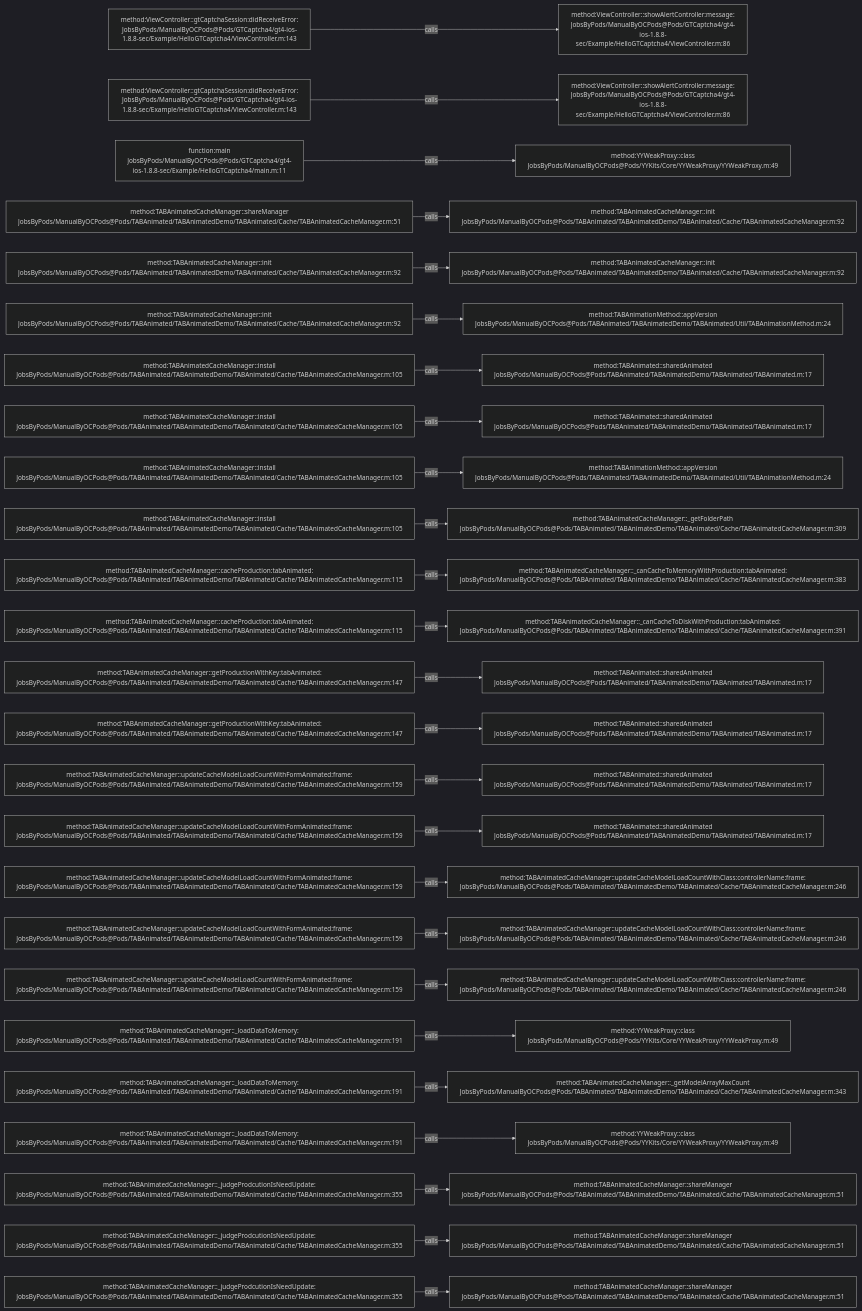
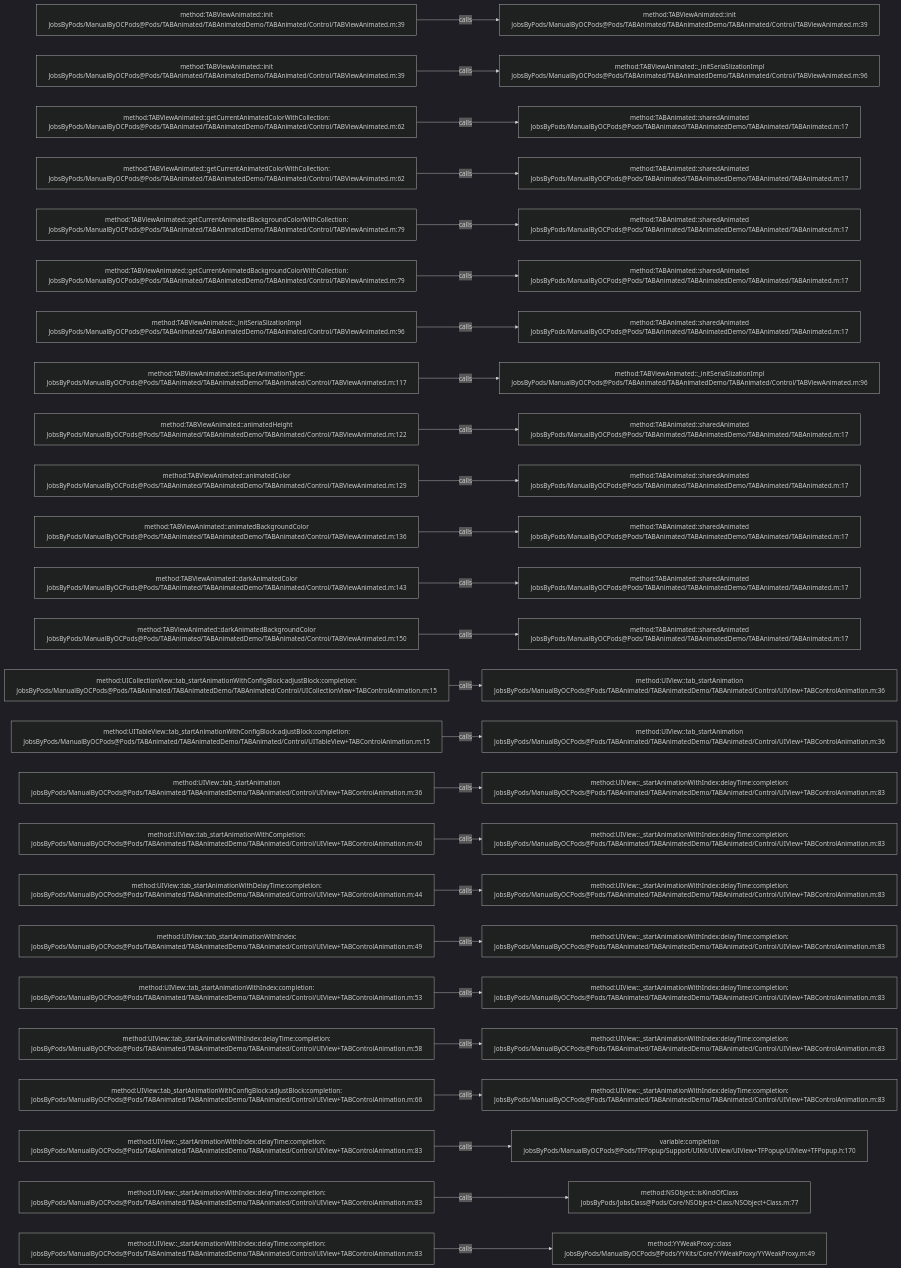
The diagram in .codegraph/codegraph.md/graphs/calls-018.md (JobsKits/JobsOCBaseConfigDemo), drawn with Mermaid (dark theme) before and after one commit. The commit also changed 1448 other files, not shown here.

````diff
--- a/.codegraph/codegraph.md/graphs/calls-018.md
+++ b/.codegraph/codegraph.md/graphs/calls-018.md
@@ -13,78 +13,78 @@
 ```mermaid
 flowchart LR
-  S1["method:ViewController::gtCaptchaSession:didReceiveError:<br/>JobsByPods/ManualByOCPods@Pods/GTCaptcha4/gt4-ios-1.8.8-sec/Example/HelloGTCaptcha4/ViewController.m:143"]
-  T1["method:ViewController::showAlertController:message:<br/>JobsByPods/ManualByOCPods@Pods/GTCaptcha4/gt4-ios-1.8.8-sec/Example/HelloGTCaptcha4/ViewController.m:86"]
+  S1["method:TABViewAnimated::init<br/>JobsByPods/ManualByOCPods@Pods/TABAnimated/TABAnimatedDemo/TABAnimated/Control/TABViewAnimated.m:39"]
+  T1["method:TABViewAnimated::init<br/>JobsByPods/ManualByOCPods@Pods/TABAnimated/TABAnimatedDemo/TABAnimated/Control/TABViewAnimated.m:39"]
   S1 -->|calls| T1
-  S2["method:ViewController::gtCaptchaSession:didReceiveError:<br/>JobsByPods/ManualByOCPods@Pods/GTCaptcha4/gt4-ios-1.8.8-sec/Example/HelloGTCaptcha4/ViewController.m:143"]
-  T2["method:ViewController::showAlertController:message:<br/>JobsByPods/ManualByOCPods@Pods/GTCaptcha4/gt4-ios-1.8.8-sec/Example/HelloGTCaptcha4/ViewController.m:86"]
+  S2["method:TABViewAnimated::init<br/>JobsByPods/ManualByOCPods@Pods/TABAnimated/TABAnimatedDemo/TABAnimated/Control/TABViewAnimated.m:39"]
+  T2["method:TABViewAnimated::_initSeriaSlizationImpl<br/>JobsByPods/ManualByOCPods@Pods/TABAnimated/TABAnimatedDemo/TABAnimated/Control/TABViewAnimated.m:96"]
   S2 -->|calls| T2
-  S3["function:main<br/>JobsByPods/ManualByOCPods@Pods/GTCaptcha4/gt4-ios-1.8.8-sec/Example/HelloGTCaptcha4/main.m:11"]
-  T3["method:YYWeakProxy::class<br/>JobsByPods/ManualByOCPods@Pods/YYKits/Core/YYWeakProxy/YYWeakProxy.m:49"]
+  S3["method:TABViewAnimated::getCurrentAnimatedColorWithCollection:<br/>JobsByPods/ManualByOCPods@Pods/TABAnimated/TABAnimatedDemo/TABAnimated/Control/TABViewAnimated.m:62"]
+  T3["method:TABAnimated::sharedAnimated<br/>JobsByPods/ManualByOCPods@Pods/TABAnimated/TABAnimatedDemo/TABAnimated/TABAnimated.m:17"]
   S3 -->|calls| T3
-  S4["method:TABAnimatedCacheManager::shareManager<br/>JobsByPods/ManualByOCPods@Pods/TABAnimated/TABAnimatedDemo/TABAnimated/Cache/TABAnimatedCacheManager.m:51"]
-  T4["method:TABAnimatedCacheManager::init<br/>JobsByPods/ManualByOCPods@Pods/TABAnimated/TABAnimatedDemo/TABAnimated/Cache/TABAnimatedCacheManager.m:92"]
+  S4["method:TABViewAnimated::getCurrentAnimatedColorWithCollection:<br/>JobsByPods/ManualByOCPods@Pods/TABAnimated/TABAnimatedDemo/TABAnimated/Control/TABViewAnimated.m:62"]
+  T4["method:TABAnimated::sharedAnimated<br/>JobsByPods/ManualByOCPods@Pods/TABAnimated/TABAnimatedDemo/TABAnimated/TABAnimated.m:17"]
   S4 -->|calls| T4
-  S5["method:TABAnimatedCacheManager::init<br/>JobsByPods/ManualByOCPods@Pods/TABAnimated/TABAnimatedDemo/TABAnimated/Cache/TABAnimatedCacheManager.m:92"]
-  T5["method:TABAnimatedCacheManager::init<br/>JobsByPods/ManualByOCPods@Pods/TABAnimated/TABAnimatedDemo/TABAnimated/Cache/TABAnimatedCacheManager.m:92"]
+  S5["method:TABViewAnimated::getCurrentAnimatedBackgroundColorWithCollection:<br/>JobsByPods/ManualByOCPods@Pods/TABAnimated/TABAnimatedDemo/TABAnimated/Control/TABViewAnimated.m:79"]
+  T5["method:TABAnimated::sharedAnimated<br/>JobsByPods/ManualByOCPods@Pods/TABAnimated/TABAnimatedDemo/TABAnimated/TABAnimated.m:17"]
   S5 -->|calls| T5
-  S6["method:TABAnimatedCacheManager::init<br/>JobsByPods/ManualByOCPods@Pods/TABAnimated/TABAnimatedDemo/TABAnimated/Cache/TABAnimatedCacheManager.m:92"]
-  T6["method:TABAnimationMethod::appVersion<br/>JobsByPods/ManualByOCPods@Pods/TABAnimated/TABAnimatedDemo/TABAnimated/Util/TABAnimationMethod.m:24"]
+  S6["method:TABViewAnimated::getCurrentAnimatedBackgroundColorWithCollection:<br/>JobsByPods/ManualByOCPods@Pods/TABAnimated/TABAnimatedDemo/TABAnimated/Control/TABViewAnimated.m:79"]
+  T6["method:TABAnimated::sharedAnimated<br/>JobsByPods/ManualByOCPods@Pods/TABAnimated/TABAnimatedDemo/TABAnimated/TABAnimated.m:17"]
   S6 -->|calls| T6
-  S7["method:TABAnimatedCacheManager::install<br/>JobsByPods/ManualByOCPods@Pods/TABAnimated/TABAnimatedDemo/TABAnimated/Cache/TABAnimatedCacheManager.m:105"]
+  S7["method:TABViewAnimated::_initSeriaSlizationImpl<br/>JobsByPods/ManualByOCPods@Pods/TABAnimated/TABAnimatedDemo/TABAnimated/Control/TABViewAnimated.m:96"]
   T7["method:TABAnimated::sharedAnimated<br/>JobsByPods/ManualByOCPods@Pods/TABAnimated/TABAnimatedDemo/TABAnimated/TABAnimated.m:17"]
   S7 -->|calls| T7
-  S8["method:TABAnimatedCacheManager::install<br/>JobsByPods/ManualByOCPods@Pods/TABAnimated/TABAnimatedDemo/TABAnimated/Cache/TABAnimatedCacheManager.m:105"]
-  T8["method:TABAnimated::sharedAnimated<br/>JobsByPods/ManualByOCPods@Pods/TABAnimated/TABAnimatedDemo/TABAnimated/TABAnimated.m:17"]
+  S8["method:TABViewAnimated::setSuperAnimationType:<br/>JobsByPods/ManualByOCPods@Pods/TABAnimated/TABAnimatedDemo/TABAnimated/Control/TABViewAnimated.m:117"]
+  T8["method:TABViewAnimated::_initSeriaSlizationImpl<br/>JobsByPods/ManualByOCPods@Pods/TABAnimated/TABAnimatedDemo/TABAnimated/Control/TABViewAnimated.m:96"]
   S8 -->|calls| T8
-  S9["method:TABAnimatedCacheManager::install<br/>JobsByPods/ManualByOCPods@Pods/TABAnimated/TABAnimatedDemo/TABAnimated/Cache/TABAnimatedCacheManager.m:105"]
-  T9["method:TABAnimationMethod::appVersion<br/>JobsByPods/ManualByOCPods@Pods/TABAnimated/TABAnimatedDemo/TABAnimated/Util/TABAnimationMethod.m:24"]
+  S9["method:TABViewAnimated::animatedHeight<br/>JobsByPods/ManualByOCPods@Pods/TABAnimated/TABAnimatedDemo/TABAnimated/Control/TABViewAnimated.m:122"]
+  T9["method:TABAnimated::sharedAnimated<br/>JobsByPods/ManualByOCPods@Pods/TABAnimated/TABAnimatedDemo/TABAnimated/TABAnimated.m:17"]
   S9 -->|calls| T9
-  S10["method:TABAnimatedCacheManager::install<br/>JobsByPods/ManualByOCPods@Pods/TABAnimated/TABAnimatedDemo/TABAnimated/Cache/TABAnimatedCacheManager.m:105"]
-  T10["method:TABAnimatedCacheManager::_getFolderPath<br/>JobsByPods/ManualByOCPods@Pods/TABAnimated/TABAnimatedDemo/TABAnimated/Cache/TABAnimatedCacheManager.m:309"]
+  S10["method:TABViewAnimated::animatedColor<br/>JobsByPods/ManualByOCPods@Pods/TABAnimated/TABAnimatedDemo/TABAnimated/Control/TABViewAnimated.m:129"]
+  T10["method:TABAnimated::sharedAnimated<br/>JobsByPods/ManualByOCPods@Pods/TABAnimated/TABAnimatedDemo/TABAnimated/TABAnimated.m:17"]
   S10 -->|calls| T10
-  S11["method:TABAnimatedCacheManager::cacheProduction:tabAnimated:<br/>JobsByPods/ManualByOCPods@Pods/TABAnimated/TABAnimatedDemo/TABAnimated/Cache/TABAnimatedCacheManager.m:115"]
-  T11["method:TABAnimatedCacheManager::_canCacheToMemoryWithProduction:tabAnimated:<br/>JobsByPods/ManualByOCPods@Pods/TABAnimated/TABAnimatedDemo/TABAnimated/Cache/TABAnimatedCacheManager.m:383"]
+  S11["method:TABViewAnimated::animatedBackgroundColor<br/>JobsByPods/ManualByOCPods@Pods/TABAnimated/TABAnimatedDemo/TABAnimated/Control/TABViewAnimated.m:136"]
+  T11["method:TABAnimated::sharedAnimated<br/>JobsByPods/ManualByOCPods@Pods/TABAnimated/TABAnimatedDemo/TABAnimated/TABAnimated.m:17"]
   S11 -->|calls| T11
-  S12["method:TABAnimatedCacheManager::cacheProduction:tabAnimated:<br/>JobsByPods/ManualByOCPods@Pods/TABAnimated/TABAnimatedDemo/TABAnimated/Cache/TABAnimatedCacheManager.m:115"]
-  T12["method:TABAnimatedCacheManager::_canCacheToDiskWithProduction:tabAnimated:<br/>JobsByPods/ManualByOCPods@Pods/TABAnimated/TABAnimatedDemo/TABAnimated/Cache/TABAnimatedCacheManager.m:391"]
+  S12["method:TABViewAnimated::darkAnimatedColor<br/>JobsByPods/ManualByOCPods@Pods/TABAnimated/TABAnimatedDemo/TABAnimated/Control/TABViewAnimated.m:143"]
+  T12["method:TABAnimated::sharedAnimated<br/>JobsByPods/ManualByOCPods@Pods/TABAnimated/TABAnimatedDemo/TABAnimated/TABAnimated.m:17"]
   S12 -->|calls| T12
-  S13["method:TABAnimatedCacheManager::getProductionWithKey:tabAnimated:<br/>JobsByPods/ManualByOCPods@Pods/TABAnimated/TABAnimatedDemo/TABAnimated/Cache/TABAnimatedCacheManager.m:147"]
+  S13["method:TABViewAnimated::darkAnimatedBackgroundColor<br/>JobsByPods/ManualByOCPods@Pods/TABAnimated/TABAnimatedDemo/TABAnimated/Control/TABViewAnimated.m:150"]
   T13["method:TABAnimated::sharedAnimated<br/>JobsByPods/ManualByOCPods@Pods/TABAnimated/TABAnimatedDemo/TABAnimated/TABAnimated.m:17"]
   S13 -->|calls| T13
-  S14["method:TABAnimatedCacheManager::getProductionWithKey:tabAnimated:<br/>JobsByPods/ManualByOCPods@Pods/TABAnimated/TABAnimatedDemo/TABAnimated/Cache/TABAnimatedCacheManager.m:147"]
-  T14["method:TABAnimated::sharedAnimated<br/>JobsByPods/ManualByOCPods@Pods/TABAnimated/TABAnimatedDemo/TABAnimated/TABAnimated.m:17"]
+  S14["method:UICollectionView::tab_startAnimationWithConfigBlock:adjustBlock:completion:<br/>JobsByPods/ManualByOCPods@Pods/TABAnimated/TABAnimatedDemo/TABAnimated/Control/UICollectionView+TABControlAnimation.m:15"]
+  T14["method:UIView::tab_startAnimation<br/>JobsByPods/ManualByOCPods@Pods/TABAnimated/TABAnimatedDemo/TABAnimated/Control/UIView+TABControlAnimation.m:36"]
   S14 -->|calls| T14
-  S15["method:TABAnimatedCacheManager::updateCacheModelLoadCountWithFormAnimated:frame:<br/>JobsByPods/ManualByOCPods@Pods/TABAnimated/TABAnimatedDemo/TABAnimated/Cache/TABAnimatedCacheManager.m:159"]
-  T15["method:TABAnimated::sharedAnimated<br/>JobsByPods/ManualByOCPods@Pods/TABAnimated/TABAnimatedDemo/TABAnimated/TABAnimated.m:17"]
+  S15["method:UITableView::tab_startAnimationWithConfigBlock:adjustBlock:completion:<br/>JobsByPods/ManualByOCPods@Pods/TABAnimated/TABAnimatedDemo/TABAnimated/Control/UITableView+TABControlAnimation.m:15"]
+  T15["method:UIView::tab_startAnimation<br/>JobsByPods/ManualByOCPods@Pods/TABAnimated/TABAnimatedDemo/TABAnimated/Control/UIView+TABControlAnimation.m:36"]
   S15 -->|calls| T15
-  S16["method:TABAnimatedCacheManager::updateCacheModelLoadCountWithFormAnimated:frame:<br/>JobsByPods/ManualByOCPods@Pods/TABAnimated/TABAnimatedDemo/TABAnimated/Cache/TABAnimatedCacheManager.m:159"]
-  T16["method:TABAnimated::sharedAnimated<br/>JobsByPods/ManualByOCPods@Pods/TABAnimated/TABAnimatedDemo/TABAnimated/TABAnimated.m:17"]
+  S16["method:UIView::tab_startAnimation<br/>JobsByPods/ManualByOCPods@Pods/TABAnimated/TABAnimatedDemo/TABAnimated/Control/UIView+TABControlAnimation.m:36"]
+  T16["method:UIView::_startAnimationWithIndex:delayTime:completion:<br/>JobsByPods/ManualByOCPods@Pods/TABAnimated/TABAnimatedDemo/TABAnimated/Control/UIView+TABControlAnimation.m:83"]
   S16 -->|calls| T16
-  S17["method:TABAnimatedCacheManager::updateCacheModelLoadCountWithFormAnimated:frame:<br/>JobsByPods/ManualByOCPods@Pods/TABAnimated/TABAnimatedDemo/TABAnimated/Cache/TABAnimatedCacheManager.m:159"]
-  T17["method:TABAnimatedCacheManager::updateCacheModelLoadCountWithClass:controllerName:frame:<br/>JobsByPods/ManualByOCPods@Pods/TABAnimated/TABAnimatedDemo/TABAnimated/Cache/TABAnimatedCacheManager.m:246"]
+  S17["method:UIView::tab_startAnimationWithCompletion:<br/>JobsByPods/ManualByOCPods@Pods/TABAnimated/TABAnimatedDemo/TABAnimated/Control/UIView+TABControlAnimation.m:40"]
+  T17["method:UIView::_startAnimationWithIndex:delayTime:completion:<br/>JobsByPods/ManualByOCPods@Pods/TABAnimated/TABAnimatedDemo/TABAnimated/Control/UIView+TABControlAnimation.m:83"]
   S17 -->|calls| T17
-  S18["method:TABAnimatedCacheManager::updateCacheModelLoadCountWithFormAnimated:frame:<br/>JobsByPods/ManualByOCPods@Pods/TABAnimated/TABAnimatedDemo/TABAnimated/Cache/TABAnimatedCacheManager.m:159"]
-  T18["method:TABAnimatedCacheManager::updateCacheModelLoadCountWithClass:controllerName:frame:<br/>JobsByPods/ManualByOCPods@Pods/TABAnimated/TABAnimatedDemo/TABAnimated/Cache/TABAnimatedCacheManager.m:246"]
+  S18["method:UIView::tab_startAnimationWithDelayTime:completion:<br/>JobsByPods/ManualByOCPods@Pods/TABAnimated/TABAnimatedDemo/TABAnimated/Control/UIView+TABControlAnimation.m:44"]
+  T18["method:UIView::_startAnimationWithIndex:delayTime:completion:<br/>JobsByPods/ManualByOCPods@Pods/TABAnimated/TABAnimatedDemo/TABAnimated/Control/UIView+TABControlAnimation.m:83"]
   S18 -->|calls| T18
-  S19["method:TABAnimatedCacheManager::updateCacheModelLoadCountWithFormAnimated:frame:<br/>JobsByPods/ManualByOCPods@Pods/TABAnimated/TABAnimatedDemo/TABAnimated/Cache/TABAnimatedCacheManager.m:159"]
-  T19["method:TABAnimatedCacheManager::updateCacheModelLoadCountWithClass:controllerName:frame:<br/>JobsByPods/ManualByOCPods@Pods/TABAnimated/TABAnimatedDemo/TABAnimated/Cache/TABAnimatedCacheManager.m:246"]
+  S19["method:UIView::tab_startAnimationWithIndex:<br/>JobsByPods/ManualByOCPods@Pods/TABAnimated/TABAnimatedDemo/TABAnimated/Control/UIView+TABControlAnimation.m:49"]
+  T19["method:UIView::_startAnimationWithIndex:delayTime:completion:<br/>JobsByPods/ManualByOCPods@Pods/TABAnimated/TABAnimatedDemo/TABAnimated/Control/UIView+TABControlAnimation.m:83"]
   S19 -->|calls| T19
-  S20["method:TABAnimatedCacheManager::_loadDataToMemory:<br/>JobsByPods/ManualByOCPods@Pods/TABAnimated/TABAnimatedDemo/TABAnimated/Cache/TABAnimatedCacheManager.m:191"]
-  T20["method:YYWeakProxy::class<br/>JobsByPods/ManualByOCPods@Pods/YYKits/Core/YYWeakProxy/YYWeakProxy.m:49"]
+  S20["method:UIView::tab_startAnimationWithIndex:completion:<br/>JobsByPods/ManualByOCPods@Pods/TABAnimated/TABAnimatedDemo/TABAnimated/Control/UIView+TABControlAnimation.m:53"]
+  T20["method:UIView::_startAnimationWithIndex:delayTime:completion:<br/>JobsByPods/ManualByOCPods@Pods/TABAnimated/TABAnimatedDemo/TABAnimated/Control/UIView+TABControlAnimation.m:83"]
   S20 -->|calls| T20
-  S21["method:TABAnimatedCacheManager::_loadDataToMemory:<br/>JobsByPods/ManualByOCPods@Pods/TABAnimated/TABAnimatedDemo/TABAnimated/Cache/TABAnimatedCacheManager.m:191"]
-  T21["method:TABAnimatedCacheManager::_getModelArrayMaxCount<br/>JobsByPods/ManualByOCPods@Pods/TABAnimated/TABAnimatedDemo/TABAnimated/Cache/TABAnimatedCacheManager.m:343"]
+  S21["method:UIView::tab_startAnimationWithIndex:delayTime:completion:<br/>JobsByPods/ManualByOCPods@Pods/TABAnimated/TABAnimatedDemo/TABAnimated/Control/UIView+TABControlAnimation.m:58"]
+  T21["method:UIView::_startAnimationWithIndex:delayTime:completion:<br/>JobsByPods/ManualByOCPods@Pods/TABAnimated/TABAnimatedDemo/TABAnimated/Control/UIView+TABControlAnimation.m:83"]
   S21 -->|calls| T21
-  S22["method:TABAnimatedCacheManager::_loadDataToMemory:<br/>JobsByPods/ManualByOCPods@Pods/TABAnimated/TABAnimatedDemo/TABAnimated/Cache/TABAnimatedCacheManager.m:191"]
-  T22["method:YYWeakProxy::class<br/>JobsByPods/ManualByOCPods@Pods/YYKits/Core/YYWeakProxy/YYWeakProxy.m:49"]
+  S22["method:UIView::tab_startAnimationWithConfigBlock:adjustBlock:completion:<br/>JobsByPods/ManualByOCPods@Pods/TABAnimated/TABAnimatedDemo/TABAnimated/Control/UIView+TABControlAnimation.m:66"]
+  T22["method:UIView::_startAnimationWithIndex:delayTime:completion:<br/>JobsByPods/ManualByOCPods@Pods/TABAnimated/TABAnimatedDemo/TABAnimated/Control/UIView+TABControlAnimation.m:83"]
   S22 -->|calls| T22
-  S23["method:TABAnimatedCacheManager::_judgeProdcutionIsNeedUpdate:<br/>JobsByPods/ManualByOCPods@Pods/TABAnimated/TABAnimatedDemo/TABAnimated/Cache/TABAnimatedCacheManager.m:355"]
-  T23["method:TABAnimatedCacheManager::shareManager<br/>JobsByPods/ManualByOCPods@Pods/TABAnimated/TABAnimatedDemo/TABAnimated/Cache/TABAnimatedCacheManager.m:51"]
+  S23["method:UIView::_startAnimationWithIndex:delayTime:completion:<br/>JobsByPods/ManualByOCPods@Pods/TABAnimated/TABAnimatedDemo/TABAnimated/Control/UIView+TABControlAnimation.m:83"]
+  T23["variable:completion<br/>JobsByPods/ManualByOCPods@Pods/TFPopup/Support/UIKit/UIView/UIView+TFPopup/UIView+TFPopup.h:170"]
   S23 -->|calls| T23
-  S24["method:TABAnimatedCacheManager::_judgeProdcutionIsNeedUpdate:<br/>JobsByPods/ManualByOCPods@Pods/TABAnimated/TABAnimatedDemo/TABAnimated/Cache/TABAnimatedCacheManager.m:355"]
-  T24["method:TABAnimatedCacheManager::shareManager<br/>JobsByPods/ManualByOCPods@Pods/TABAnimated/TABAnimatedDemo/TABAnimated/Cache/TABAnimatedCacheManager.m:51"]
+  S24["method:UIView::_startAnimationWithIndex:delayTime:completion:<br/>JobsByPods/ManualByOCPods@Pods/TABAnimated/TABAnimatedDemo/TABAnimated/Control/UIView+TABControlAnimation.m:83"]
+  T24["method:NSObject::isKindOfClass<br/>JobsByPods/JobsClass@Pods/Core/NSObject+Class/NSObject+Class.m:77"]
   S24 -->|calls| T24
-  S25["method:TABAnimatedCacheManager::_judgeProdcutionIsNeedUpdate:<br/>JobsByPods/ManualByOCPods@Pods/TABAnimated/TABAnimatedDemo/TABAnimated/Cache/TABAnimatedCacheManager.m:355"]
-  T25["method:TABAnimatedCacheManager::shareManager<br/>JobsByPods/ManualByOCPods@Pods/TABAnimated/TABAnimatedDemo/TABAnimated/Cache/TABAnimatedCacheManager.m:51"]
+  S25["method:UIView::_startAnimationWithIndex:delayTime:completion:<br/>JobsByPods/ManualByOCPods@Pods/TABAnimated/TABAnimatedDemo/TABAnimated/Control/UIView+TABControlAnimation.m:83"]
+  T25["method:YYWeakProxy::class<br/>JobsByPods/ManualByOCPods@Pods/YYKits/Core/YYWeakProxy/YYWeakProxy.m:49"]
   S25 -->|calls| T25
 ```
````
